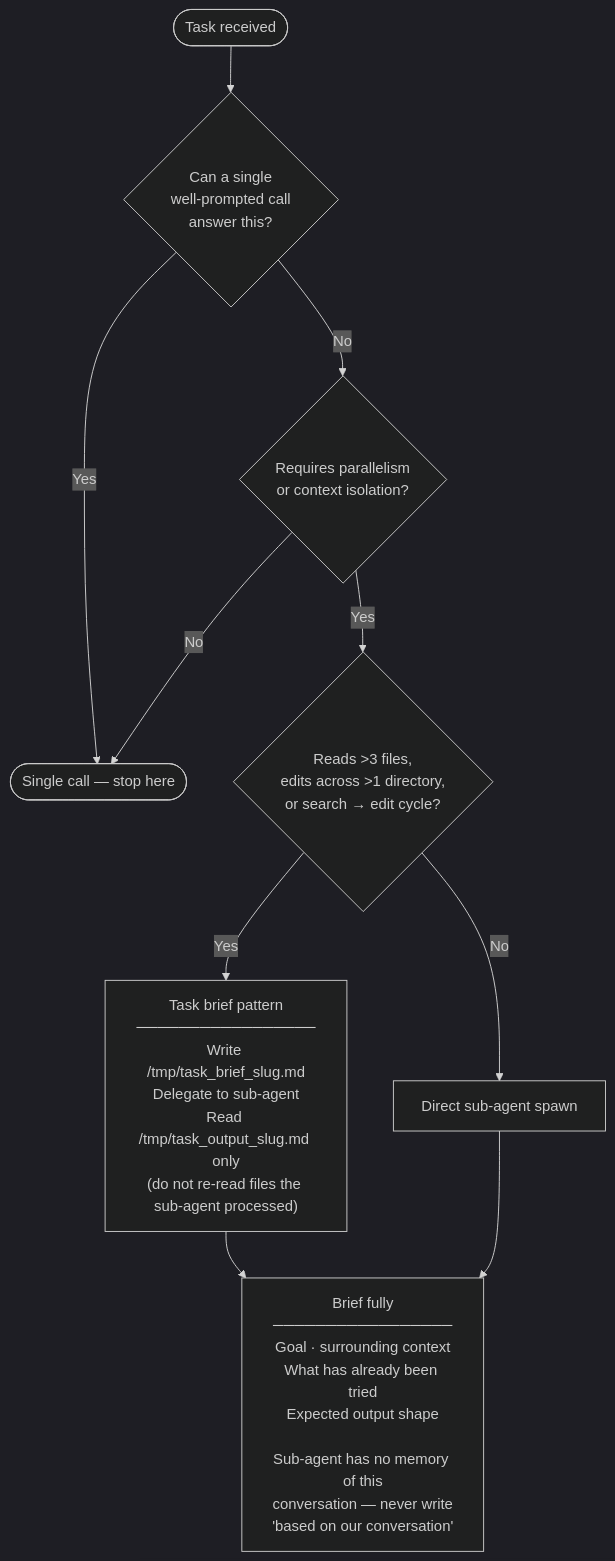
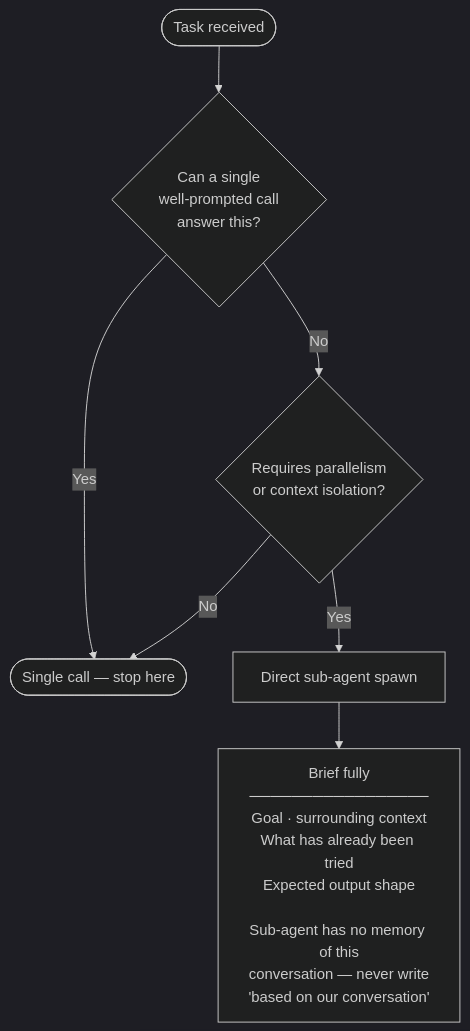
Before and after one commit to paulf-999/claude_ai_playbook: the diagram in docs/reference/claude_config/orchestration.md, drawn with Mermaid (dark theme). The commit also changed 27 other files, not shown here.

````diff
--- a/docs/reference/claude_config/orchestration.md
+++ b/docs/reference/claude_config/orchestration.md
@@ -6,20 +6,14 @@
 ```mermaid
 flowchart TD
     A([Task received]) --> B{"Can a single\nwell-prompted call\nanswer this?"}
 
     B -- Yes --> C([Single call — stop here])
 
     B -- No --> D{"Requires parallelism\nor context isolation?"}
 
     D -- No --> C
 
-    D -- Yes --> E{"Reads >3 files,\nedits across >1 directory,\nor search → edit cycle?"}
+    D -- Yes --> G[Direct sub-agent spawn]
 
-    E -- Yes --> F["Task brief pattern\n─────────────────\nWrite /tmp/task_brief_slug.md\nDelegate to sub-agent\nRead /tmp/task_output_slug.md only\n(do not re-read files the sub-agent processed)"]
-
-    E -- No --> G[Direct sub-agent spawn]
-
-    F --> H["Brief fully\n─────────────────\nGoal · surrounding context\nWhat has already been tried\nExpected output shape\n\nSub-agent has no memory of this\nconversation — never write\n'based on our conversation'"]
-
-    G --> H
+    G --> H["Brief fully\n─────────────────\nGoal · surrounding context\nWhat has already been tried\nExpected output shape\n\nSub-agent has no memory of this\nconversation — never write\n'based on our conversation'"]
 ```
````
